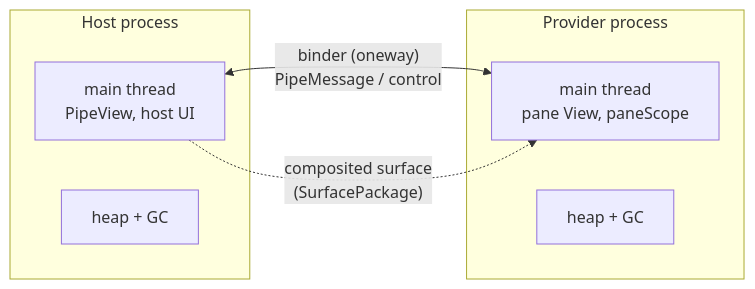
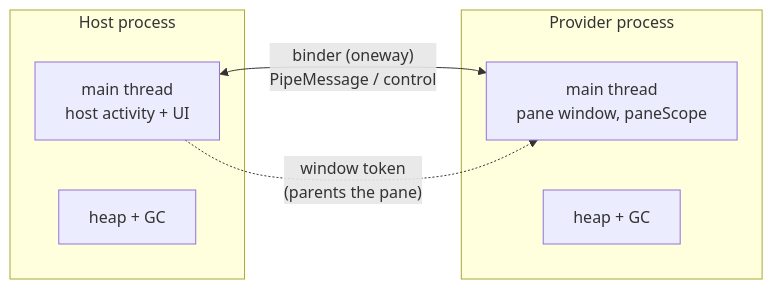
Before and after one commit to iamjosephmj/uI-PiPe: the second of 2 diagrams in ARCHITECTURE.md, drawn with Mermaid. The commit also changed other lines of this file and 39 other files, not shown here.

````diff
--- a/ARCHITECTURE.md
+++ b/ARCHITECTURE.md
@@ -156,13 +157,13 @@
 ```mermaid
 flowchart LR
     subgraph HostProc["Host process"]
-        HMain["main thread<br/>PipeView, host UI"]
+        HMain["main thread<br/>host activity + UI"]
         HHeap["heap + GC"]
     end
     subgraph ProvProc["Provider process"]
-        PMain["main thread<br/>pane View, paneScope"]
+        PMain["main thread<br/>pane window, paneScope"]
         PHeap["heap + GC"]
     end
     HMain <-->|"binder (oneway)<br/>PipeMessage / control"| PMain
-    HMain -. "composited surface<br/>(SurfacePackage)" .-> PMain
+    HMain -. "window token<br/>(parents the pane)" .-> PMain
 ```
````
